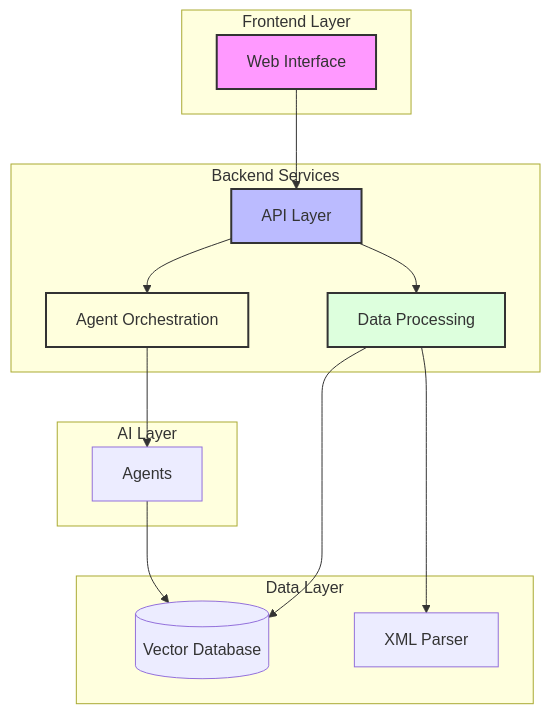
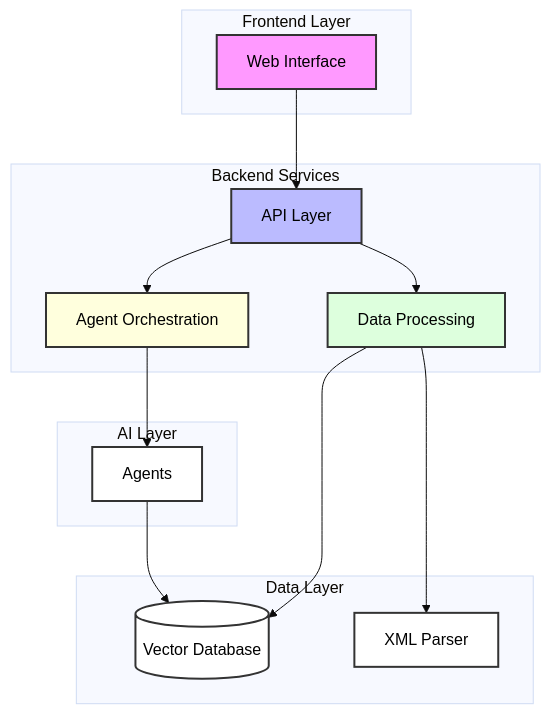
The first of 5 diagrams in ARCHITECTURE.md (zhutoutoutousan/chat-iot), drawn with Mermaid before and after one commit. The commit also changed other lines of this file, not shown here.

````diff
--- a/ARCHITECTURE.md
+++ b/ARCHITECTURE.md
@@ -11,34 +11,38 @@
 ```mermaid
+%%{init: {'theme': 'base', 'themeVariables': { 'fontFamily': 'arial', 'fontSize': '16px', 'textColor': '#000000' }}}%%
 graph TB
     UI[Web Interface] --> API[API Layer]
     API --> DP[Data Processing]
     API --> AO[Agent Orchestration]
     DP --> VDB[(Vector Database)]
     DP --> XML[XML Parser]
     AO --> Agents
     Agents --> VDB
     
     subgraph "Frontend Layer"
         UI
     end
     
     subgraph "Backend Services"
         API
         DP
         AO
     end
     
     subgraph "Data Layer"
         VDB
         XML
     end
     
     subgraph "AI Layer"
         Agents
     end
 
-    style UI fill:#f9f,stroke:#333,stroke-width:2px
-    style API fill:#bbf,stroke:#333,stroke-width:2px
-    style DP fill:#dfd,stroke:#333,stroke-width:2px
-    style AO fill:#ffd,stroke:#333,stroke-width:2px
+    style UI fill:#f9f,stroke:#333,stroke-width:2px,color:#000
+    style API fill:#bbf,stroke:#333,stroke-width:2px,color:#000
+    style DP fill:#dfd,stroke:#333,stroke-width:2px,color:#000
+    style AO fill:#ffd,stroke:#333,stroke-width:2px,color:#000
+    style VDB fill:#fff,stroke:#333,stroke-width:2px,color:#000
+    style XML fill:#fff,stroke:#333,stroke-width:2px,color:#000
+    style Agents fill:#fff,stroke:#333,stroke-width:2px,color:#000
 ```
````
